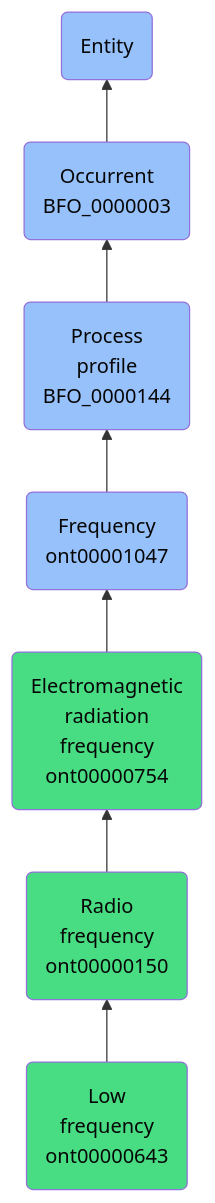
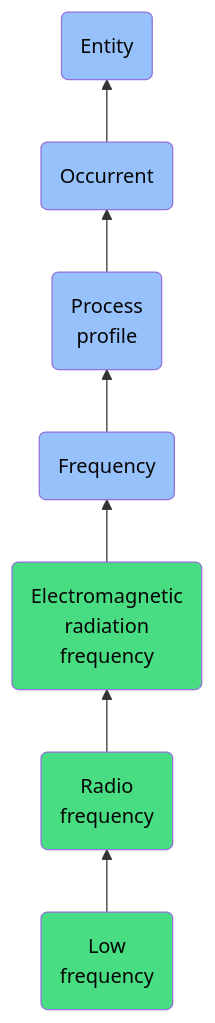
One commit to jupyter-naas/abi changed the diagram in docs/ontology/reference/model/Entity/Occurrent/Process profile/Frequency/Electromagnetic radiation frequency/Radio frequency/Low frequency/Low frequency.md. Above: the diagram before and after it, drawn with Mermaid. The commit also changed other lines of this file and 1430 other files, not shown here.

````diff
--- a/docs/ontology/reference/model/Entity/Occurrent/Process profile/Frequency/Electromagnetic radiation frequency/Radio frequency/Low frequency/Low frequency.md
+++ b/docs/ontology/reference/model/Entity/Occurrent/Process profile/Frequency/Electromagnetic radiation frequency/Radio frequency/Low frequency/Low frequency.md
@@ -24,14 +24,14 @@
 ```mermaid
 graph BT
-    ont00000643(Low<br>frequency<br>ont00000643):::ABI-->ont00000150
-    ont00000150(Radio<br>frequency<br>ont00000150):::ABI-->ont00000754
-    ont00000754(Electromagnetic<br>radiation<br>frequency<br>ont00000754):::ABI-->ont00001047
-    ont00001047(Frequency<br>ont00001047):::BFO-->BFO_0000144
-    BFO_0000144(Process<br>profile<br>BFO_0000144):::BFO-->BFO_0000003
-    BFO_0000003(Occurrent<br>BFO_0000003):::BFO-->BFO_0000001
+    ont00000643(Low<br>frequency):::ABI-->ont00000150
+    ont00000150(Radio<br>frequency):::ABI-->ont00000754
+    ont00000754(Electromagnetic<br>radiation<br>frequency):::ABI-->ont00001047
+    ont00001047(Frequency):::BFO-->BFO_0000144
+    BFO_0000144(Process<br>profile):::BFO-->BFO_0000003
+    BFO_0000003(Occurrent):::BFO-->BFO_0000001
     BFO_0000001(Entity):::BFO
     
     classDef BFO fill:#97c1fb,color:#060606
     classDef CCO fill:#e4c51e,color:#060606
     classDef ABI fill:#48DD82,color:#060606
 ```
````
